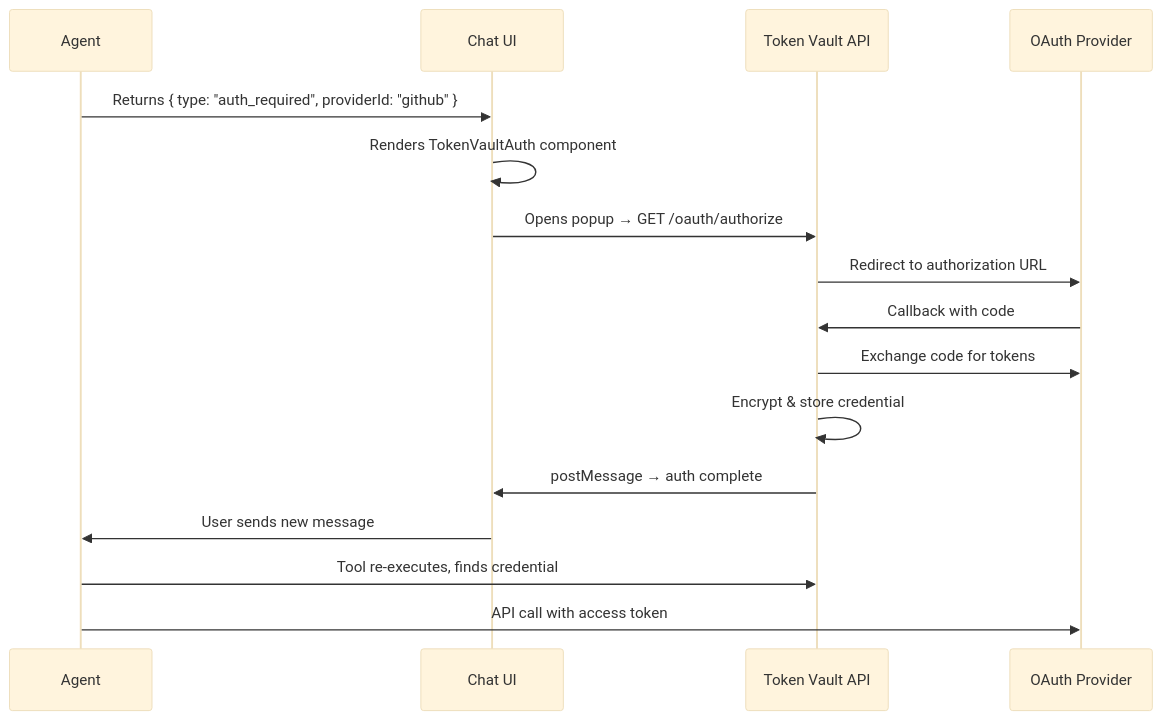
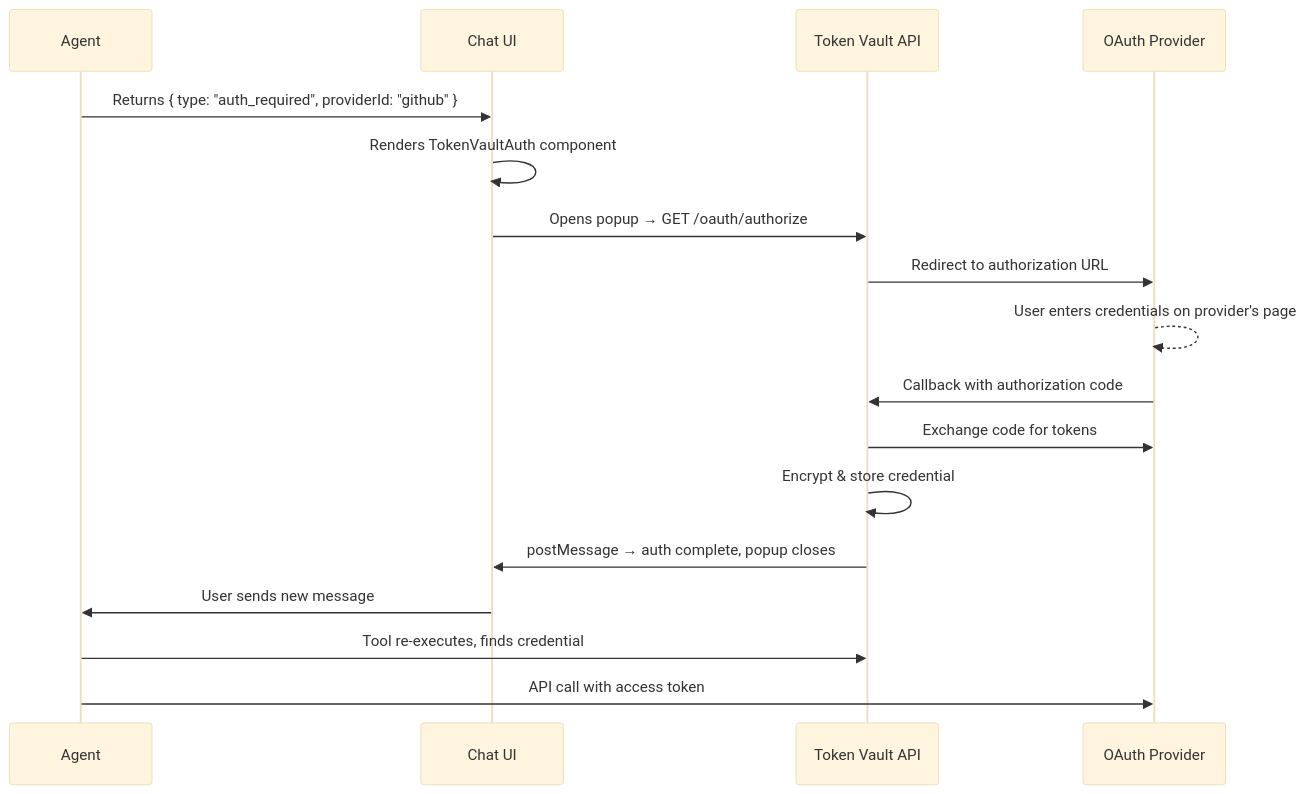
The second of 3 diagrams in README.md (chriswoj/ai-token-vault), drawn with Mermaid (base theme) before and after one commit. The commit also changed other lines of this file, not shown here.

Commit message:
Enhance README with detailed explanations of credential flows and adapter functionalities

````diff
--- a/README.md
+++ b/README.md
@@ -69,19 +79,20 @@
 ```mermaid
 sequenceDiagram
     participant Agent
     participant UI as Chat UI
     participant API as Token Vault API
     participant Provider as OAuth Provider
 
     Agent->>UI: Returns { type: "auth_required", providerId: "github" }
     UI->>UI: Renders TokenVaultAuth component
     UI->>API: Opens popup → GET /oauth/authorize
     API->>Provider: Redirect to authorization URL
-    Provider->>API: Callback with code
+    Provider-->>Provider: User enters credentials on provider's page
+    Provider->>API: Callback with authorization code
     API->>Provider: Exchange code for tokens
     API->>API: Encrypt & store credential
-    API->>UI: postMessage → auth complete
+    API->>UI: postMessage → auth complete, popup closes
     UI->>Agent: User sends new message
     Agent->>API: Tool re-executes, finds credential
     Agent->>Provider: API call with access token
 ```
````
